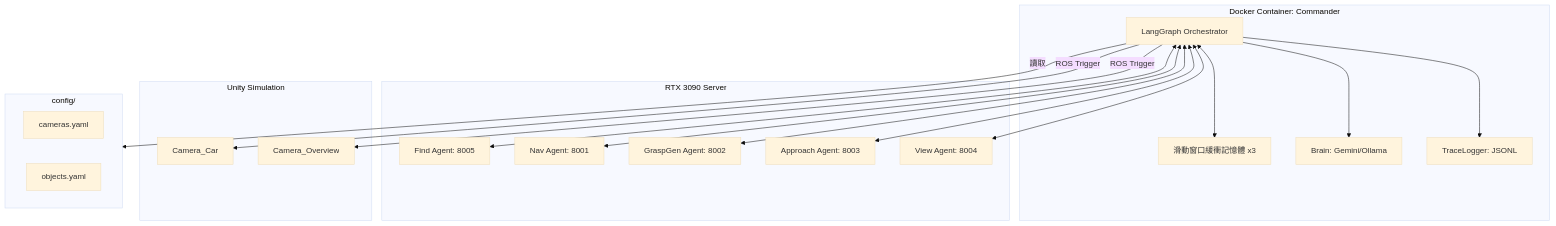
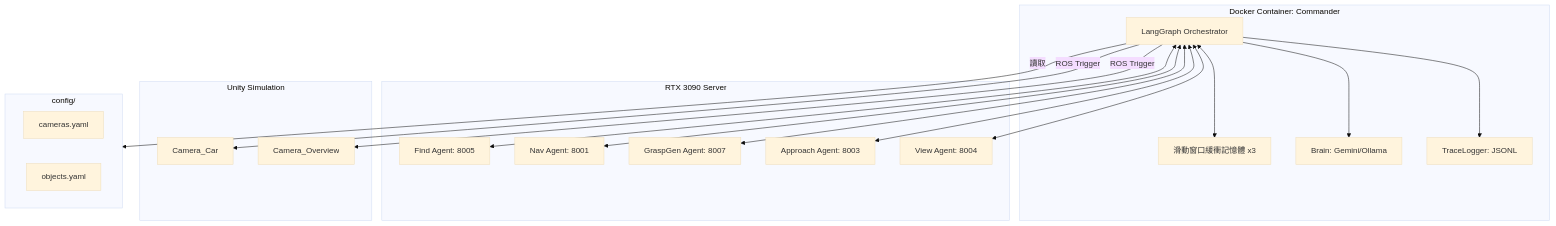
The first of 8 diagrams in docs/spec.md (tj1125/pros_workflow), drawn with Mermaid (base theme) before and after one commit. The commit also changed other lines of this file and 4 other files, not shown here.

Commit message:
Update grasp agent port to 8007

````diff
--- a/docs/spec.md
+++ b/docs/spec.md
@@ -7,39 +7,39 @@
 ```mermaid
 graph TD
   subgraph Commander [Docker Container: Commander]
     LG[LangGraph Orchestrator]
     Memory[滑動窗口緩衝記憶體 x3]
     Brain[Brain: Gemini/Ollama]
     Logger[TraceLogger: JSONL]
   end
 
   subgraph Executors [RTX 3090 Server]
     Find[Find Agent: 8005]
     Nav[Nav Agent: 8001]
-    Grasp[GraspGen Agent: 8002]
+    Grasp[GraspGen Agent: 8007]
     Approach[Approach Agent: 8003]
     View[View Agent: 8004]
   end
 
   subgraph Unity [Unity Simulation]
     Cam1[Camera_Car]
     Cam2[Camera_Overview]
   end
 
   subgraph Config [config/]
     cameras.yaml
     objects.yaml
   end
 
   LG --> Brain
   LG <--> Memory
   LG --> Logger
   LG <--> Find
   LG <--> Nav
   LG <--> Grasp
   LG <--> Approach
   LG <--> View
   LG -- ROS Trigger --> Cam1
   LG -- ROS Trigger --> Cam2
   LG -- 讀取 --> Config
 ```
````
